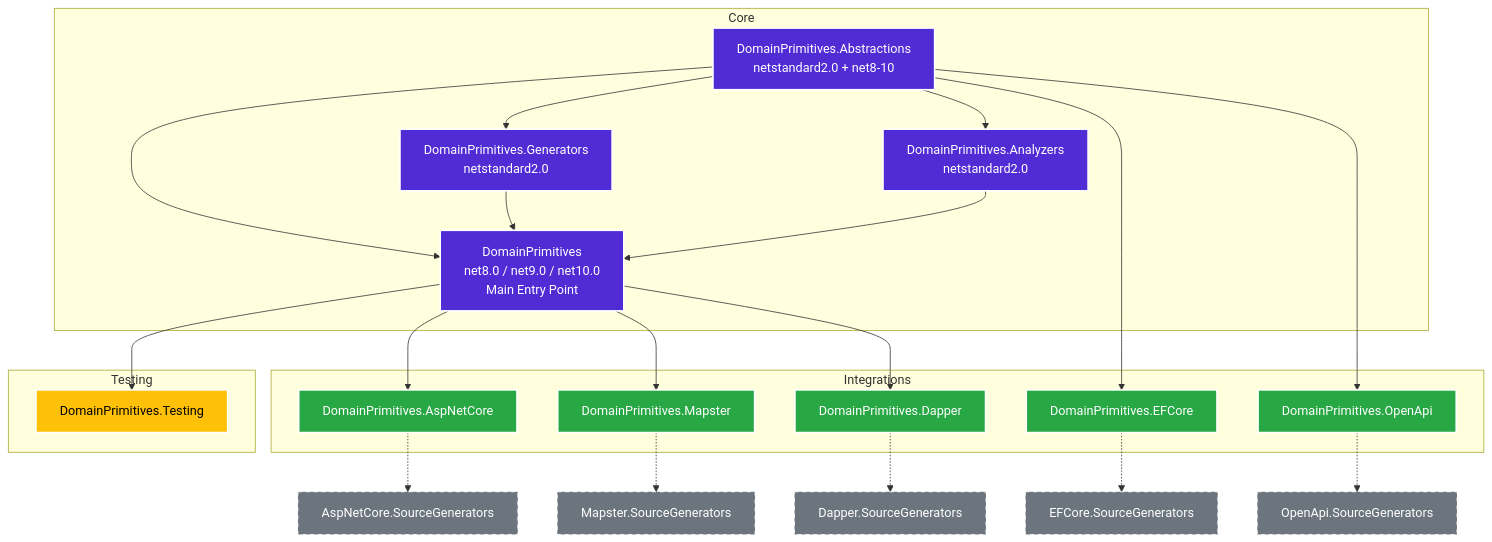
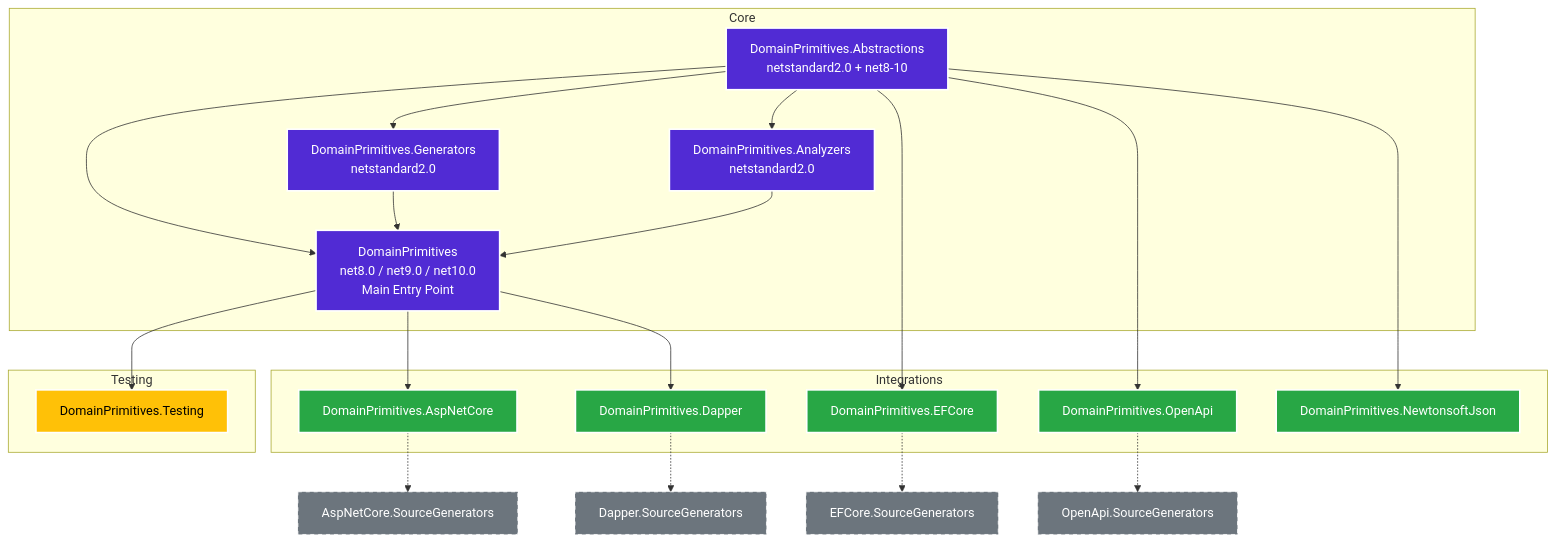
One commit to ericksonlopezf/dotnet-domain-primitives changed the diagram in docs/system-overview.md. Above: the diagram before and after it, drawn with Mermaid. The commit also changed other lines of this file and 646 other files, not shown here.

Commit message:
feat!: expand domain primitives, source generators, docs, tests, and persistence support

````diff
--- a/docs/system-overview.md
+++ b/docs/system-overview.md
@@ -13,54 +13,53 @@
 ```mermaid
 flowchart TD
     %% Define layers
     subgraph Core
         A[DomainPrimitives.Abstractions<br/>netstandard2.0 + net8-10]
         G[DomainPrimitives.Generators<br/>netstandard2.0]
         An[DomainPrimitives.Analyzers<br/>netstandard2.0]
         C[DomainPrimitives<br/>net8.0 / net9.0 / net10.0<br/>Main Entry Point]
     end
 
     subgraph Integrations
         ASP[DomainPrimitives.AspNetCore]
         EF[DomainPrimitives.EFCore]
         Dap[DomainPrimitives.Dapper]
         OpenApi[DomainPrimitives.OpenApi]
-        Map[DomainPrimitives.Mapster]
+        Newtonsoft[DomainPrimitives.NewtonsoftJson]
     end
 
     subgraph Testing
         Test[DomainPrimitives.Testing]
     end
 
     %% Internal relationships
     A --> G
     A --> An
     A --> C
     G --> C
     An --> C
 
     %% Core to Integrations
     C --> ASP
     A --> EF
-    C --> Map
     A --> OpenApi
     C --> Dap
+    A --> Newtonsoft
     C --> Test
 
     %% Integration Source Generators
     ASP -.-> ASPSG[AspNetCore.SourceGenerators]
     EF -.-> EFSG[EFCore.SourceGenerators]
     Dap -.-> DapSG[Dapper.SourceGenerators]
     OpenApi -.-> OpenApiSG[OpenApi.SourceGenerators]
-    Map -.-> MapSG[Mapster.SourceGenerators]
 
     classDef core fill:#512BD4,stroke:#fff,stroke-width:2px,color:#fff;
     classDef integration fill:#28a745,stroke:#fff,stroke-width:2px,color:#fff;
     classDef testing fill:#ffc107,stroke:#fff,stroke-width:2px,color:#000;
     classDef generator fill:#6c757d,stroke:#fff,stroke-width:1px,stroke-dasharray: 5 5,color:#fff;
 
     class A,G,An,C core;
-    class ASP,EF,Dap,OpenApi,Map integration;
+    class ASP,EF,Dap,OpenApi,Newtonsoft integration;
     class Test testing;
-    class ASPSG,EFSG,DapSG,OpenApiSG,MapSG generator;
+    class ASPSG,EFSG,DapSG,OpenApiSG generator;
 ```
````
